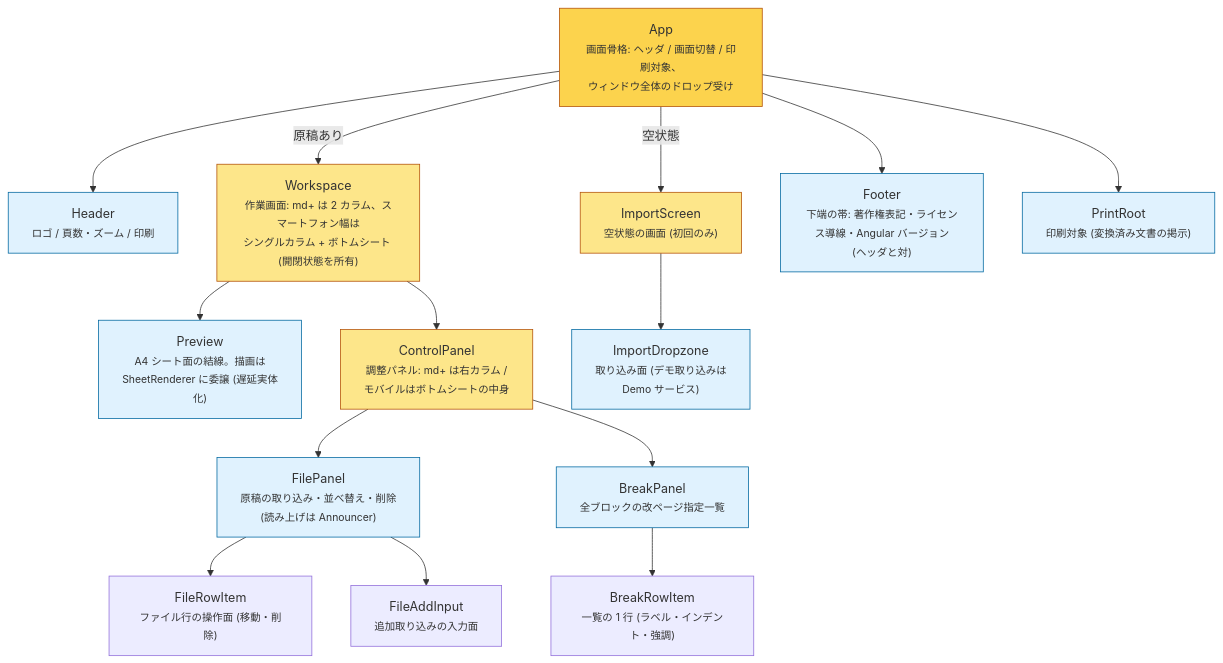
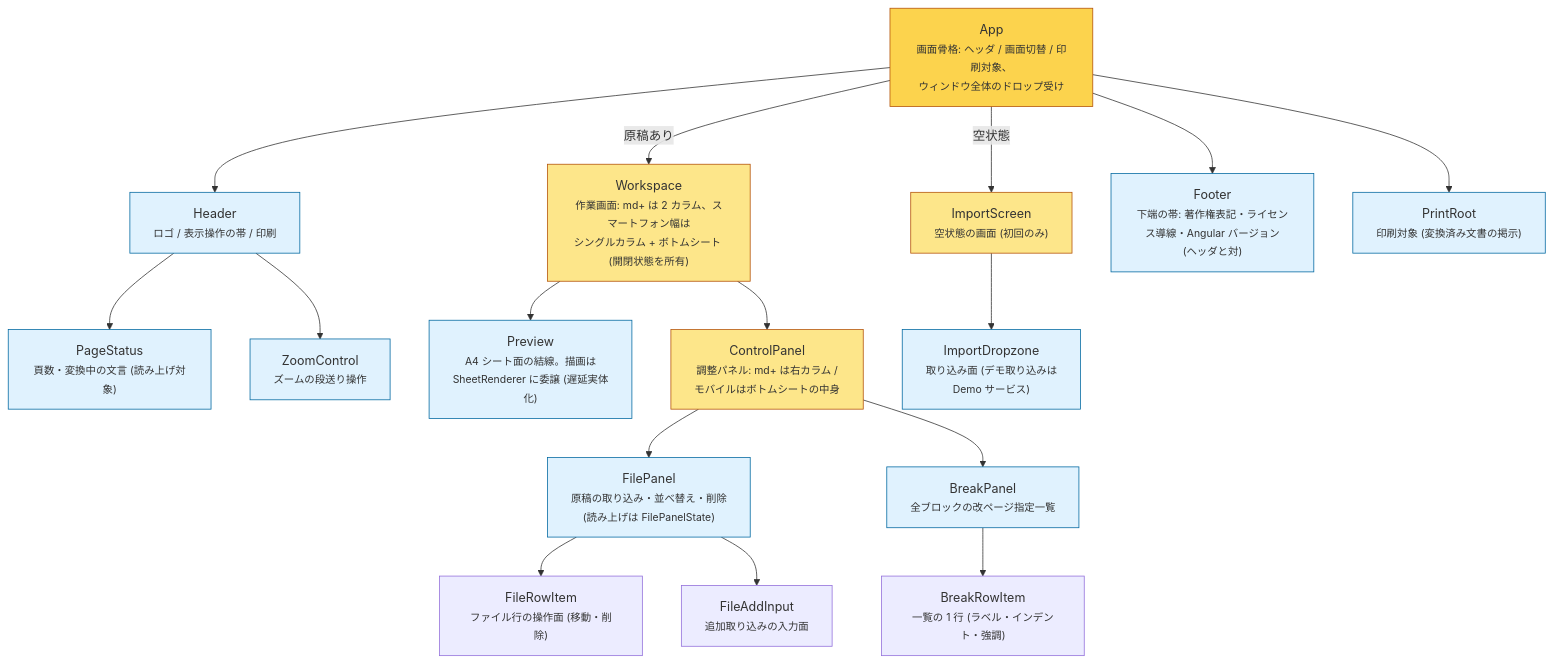
Before and after one commit to lacolaco/printmd: the diagram in docs/component-tree.md, drawn with Mermaid. The commit also changed other lines of this file and 44 other files, not shown here.

````diff
--- a/docs/component-tree.md
+++ b/docs/component-tree.md
@@ -6,38 +6,42 @@
 ```mermaid
 flowchart TB
   APP["App<br/><small>画面骨格: ヘッダ / 画面切替 / 印刷対象、<br/>ウィンドウ全体のドロップ受け</small>"]
-  HEADER["Header<br/><small>ロゴ / 頁数・ズーム / 印刷</small>"]
+  HEADER["Header<br/><small>ロゴ / 表示操作の帯 / 印刷</small>"]
+  STATUS["PageStatus<br/><small>頁数・変換中の文言 (読み上げ対象)</small>"]
+  ZOOMC["ZoomControl<br/><small>ズームの段送り操作</small>"]
   WS["Workspace<br/><small>作業画面: md+ は 2 カラム、スマートフォン幅は<br/>シングルカラム + ボトムシート (開閉状態を所有)</small>"]
   IMPORT["ImportScreen<br/><small>空状態の画面 (初回のみ)</small>"]
   PREVIEW["Preview<br/><small>A4 シート面の結線。描画は<br/>SheetRenderer に委譲 (遅延実体化)</small>"]
   PANEL["ControlPanel<br/><small>調整パネル: md+ は右カラム /<br/>モバイルはボトムシートの中身</small>"]
-  FILEP["FilePanel<br/><small>原稿の取り込み・並べ替え・削除<br/>(読み上げは Announcer)</small>"]
+  FILEP["FilePanel<br/><small>原稿の取り込み・並べ替え・削除<br/>(読み上げは FilePanelState)</small>"]
   BREAKP["BreakPanel<br/><small>全ブロックの改ページ指定一覧</small>"]
   BREAKROW["BreakRowItem<br/><small>一覧の 1 行 (ラベル・インデント・強調)</small>"]
   FILEROW["FileRowItem<br/><small>ファイル行の操作面 (移動・削除)</small>"]
   FILEADD["FileAddInput<br/><small>追加取り込みの入力面</small>"]
   FOOTER["Footer<br/><small>下端の帯: 著作権表記・ライセンス導線・Angular バージョン<br/>(ヘッダと対)</small>"]
   DROP["ImportDropzone<br/><small>取り込み面 (デモ取り込みは<br/>Demo サービス)</small>"]
   PRINT["PrintRoot<br/><small>印刷対象 (変換済み文書の掲示)</small>"]
 
   APP --> HEADER
+  HEADER --> STATUS
+  HEADER --> ZOOMC
   APP --> FOOTER
   APP -->|"原稿あり"| WS
   APP -->|"空状態"| IMPORT
   APP --> PRINT
   WS --> PREVIEW
   WS --> PANEL
   PANEL --> FILEP
   PANEL --> BREAKP
   BREAKP --> BREAKROW
   FILEP --> FILEROW
   FILEP --> FILEADD
   IMPORT --> DROP
 
   classDef shell fill:#fcd34d,stroke:#b45309
   classDef layout fill:#fde68a,stroke:#b45309
   classDef leaf fill:#e0f2fe,stroke:#0369a1
   class APP shell
   class WS,PANEL,IMPORT layout
-  class HEADER,PREVIEW,FILEP,BREAKP,FOOTER,DROP,PRINT leaf
+  class HEADER,STATUS,ZOOMC,PREVIEW,FILEP,BREAKP,FOOTER,DROP,PRINT leaf
 ```
````
